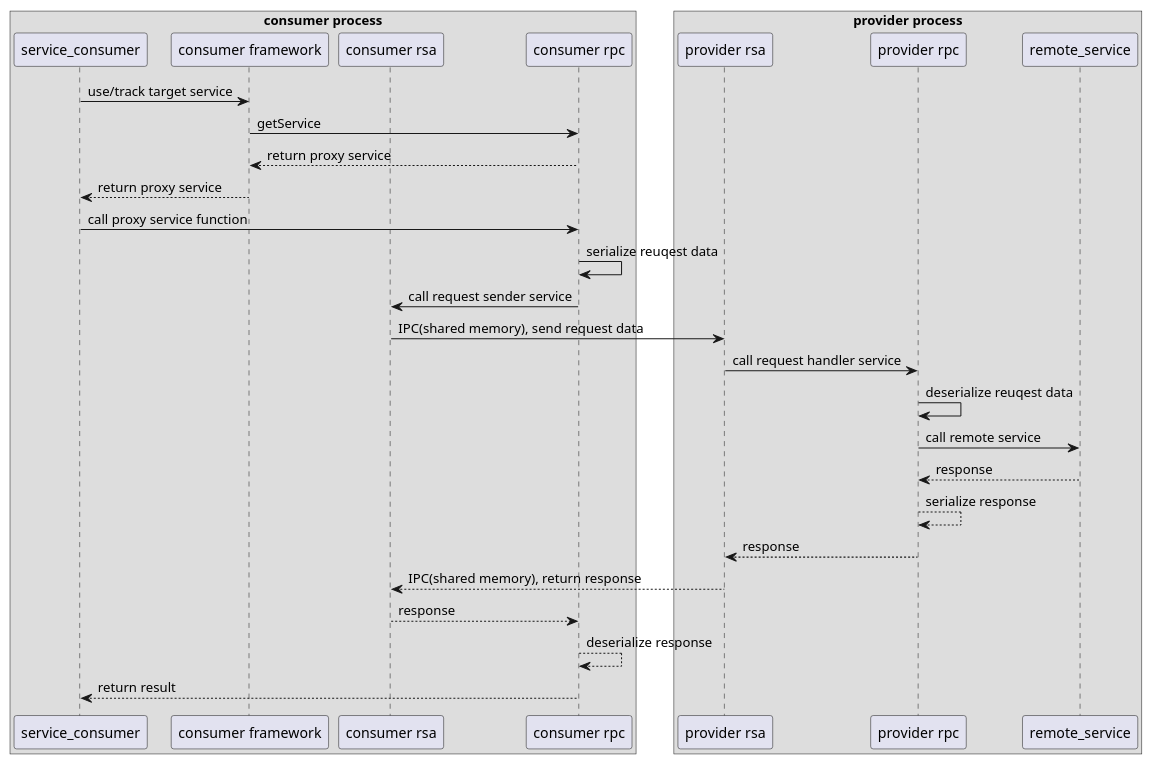
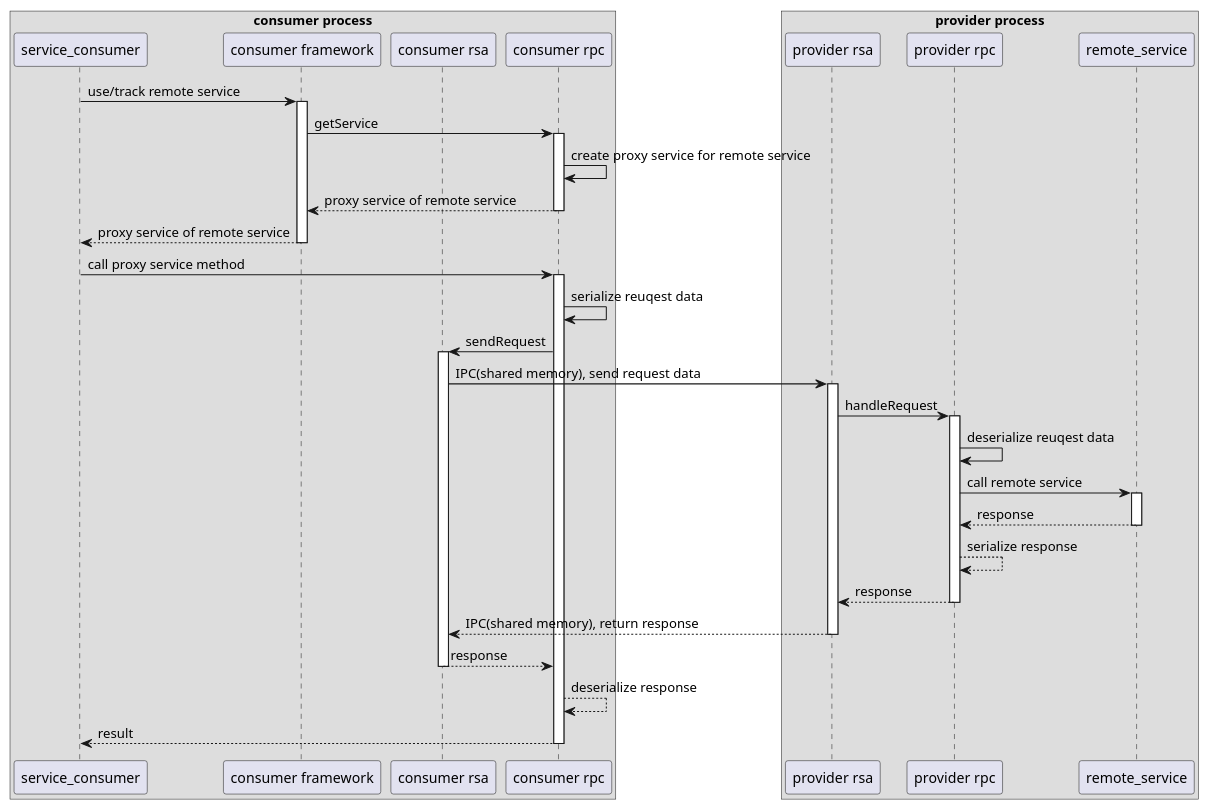
One commit to apache/celix changed the third of 4 diagrams in bundles/remote_services/doc/rsa_shm_v2.adoc. Above: the diagram before and after it, drawn with PlantUML. The commit also changed other lines of this file and 2 other files, not shown here.

Commit message:
Add the document of rsa_shm_v2

```diff
--- a/bundles/remote_services/doc/rsa_shm_v2.adoc
+++ b/bundles/remote_services/doc/rsa_shm_v2.adoc
@@ -2,37 +89,39 @@
-[plantuml,]
+[plantuml]
 ----
 @startuml
 box "consumer process"
 participant service_consumer
 participant c_framework as "consumer framework"
 participant c_rsa as "consumer rsa"
 participant c_rpc as "consumer rpc"
 end box
 
 box "provider process"
 participant p_rsa as "provider rsa"
 participant p_rpc as "provider rpc"
 participant remote_service
 end box
 
-service_consumer->c_framework:use/track target service
-c_framework->c_rpc:getService
-c_rpc --> c_framework:return proxy service
-c_framework --> service_consumer:return proxy service
-service_consumer -> c_rpc: call proxy service function
+service_consumer->c_framework ++:use/track remote service
+c_framework->c_rpc ++:getService
+c_rpc->c_rpc:create proxy service for remote service
+return proxy service of remote service 
+return proxy service of remote service
+
+service_consumer -> c_rpc ++: call proxy service method
 c_rpc -> c_rpc: serialize reuqest data
-c_rpc -> c_rsa: call request sender service
-c_rsa  -> p_rsa: IPC(shared memory), send request data
+c_rpc -> c_rsa++: sendRequest
+c_rsa  -> p_rsa++: IPC(shared memory), send request data
 
-p_rsa->p_rpc:call request handler service
+p_rsa->p_rpc++:handleRequest
 p_rpc->p_rpc:deserialize reuqest data
-p_rpc->remote_service: call remote service
+p_rpc->remote_service++: call remote service
 return response
 p_rpc-->p_rpc:serialize response
-p_rpc-->p_rsa: response
-p_rsa-->c_rsa: IPC(shared memory), return response
-c_rsa --> c_rpc: response
+return response
+return IPC(shared memory), return response
+return response
 c_rpc --> c_rpc: deserialize response
-c_rpc --> service_consumer:return result
+return result
 @enduml
 ----
```
